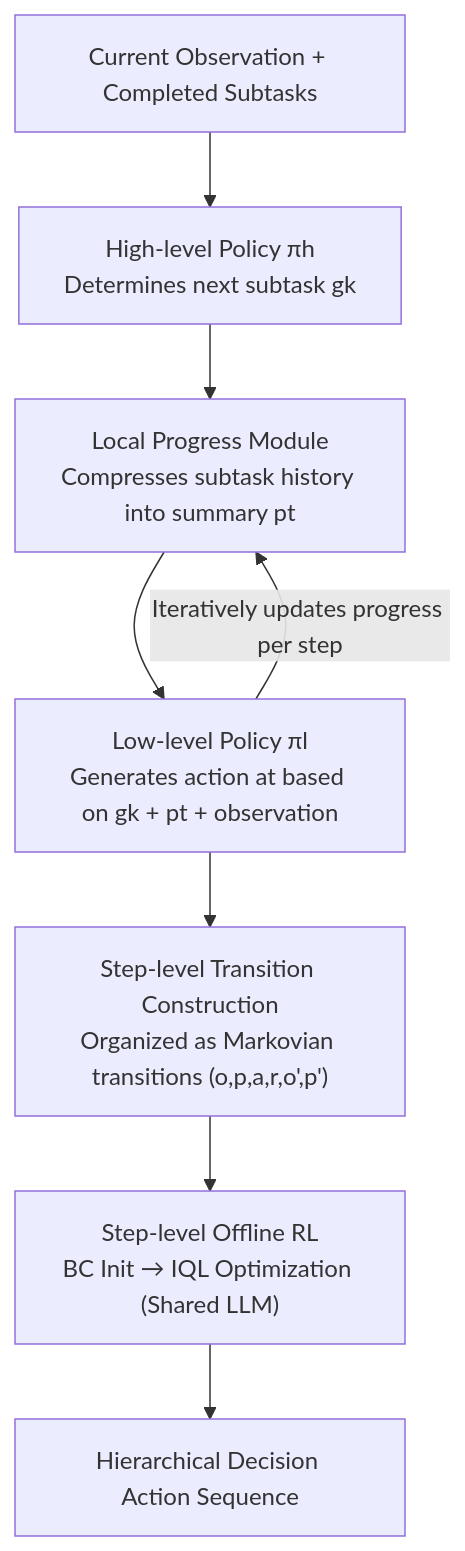
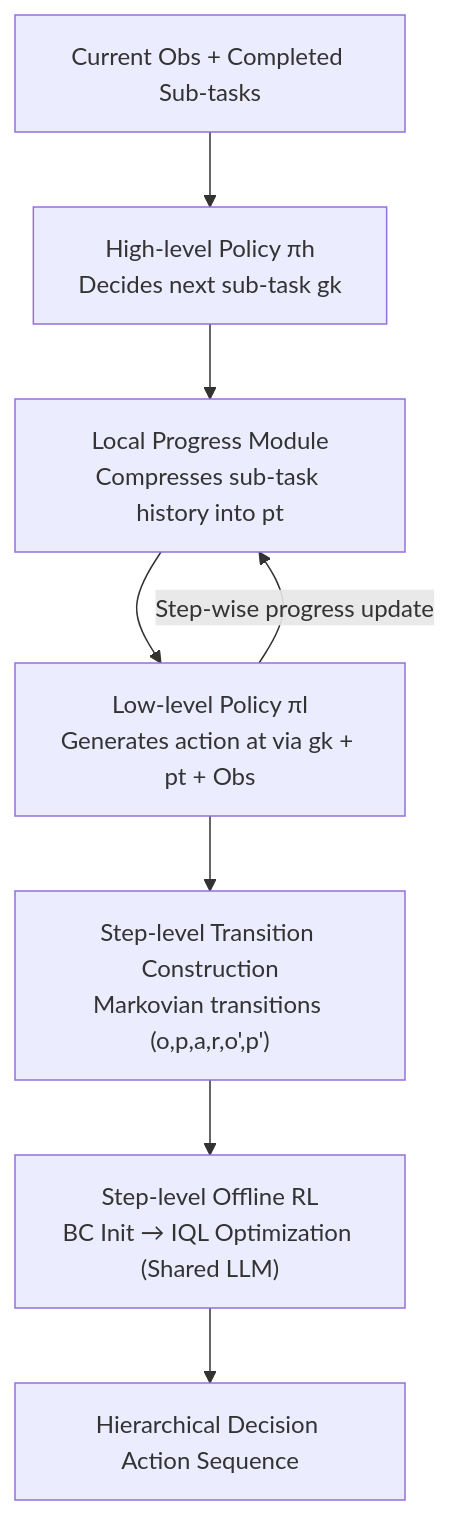
Before and after one commit to zhaoyang97/Paper-Notes-en: the diagram in docs/ACL2026/llm_agent/hierarchical_reinforcement_learning_with_augmented_step-level_transitions_for_ll.md, drawn with Mermaid. The commit also changed other lines of this file and 5084 other files, not shown here.

````diff
--- a/docs/ACL2026/llm_agent/hierarchical_reinforcement_learning_with_augmented_step-level_transitions_for_ll.md
+++ b/docs/ACL2026/llm_agent/hierarchical_reinforcement_learning_with_augmented_step-level_transitions_for_ll.md
@@ -44,10 +44,10 @@
 ```mermaid
 graph TD
-    A["Current Observation + Completed Subtasks"] --> B["High-level Policy πh<br/>Determines next subtask gk"]
-    B --> C["Local Progress Module<br/>Compresses subtask history into summary pt"]
-    C --> D["Low-level Policy πl<br/>Generates action at based on gk + pt + observation"]
-    D -->|Iteratively updates progress per step| C
-    D --> E["Step-level Transition Construction<br/>Organized as Markovian transitions (o,p,a,r,o',p')"]
+    A["Current Obs + Completed Sub-tasks"] --> B["High-level Policy πh<br/>Decides next sub-task gk"]
+    B --> C["Local Progress Module<br/>Compresses sub-task history into pt"]
+    C --> D["Low-level Policy πl<br/>Generates action at via gk + pt + Obs"]
+    D -->|Step-wise progress update| C
+    D --> E["Step-level Transition Construction<br/>Markovian transitions (o,p,a,r,o',p')"]
     E --> F["Step-level Offline RL<br/>BC Init → IQL Optimization (Shared LLM)"]
     F --> G["Hierarchical Decision Action Sequence"]
 ```
````
